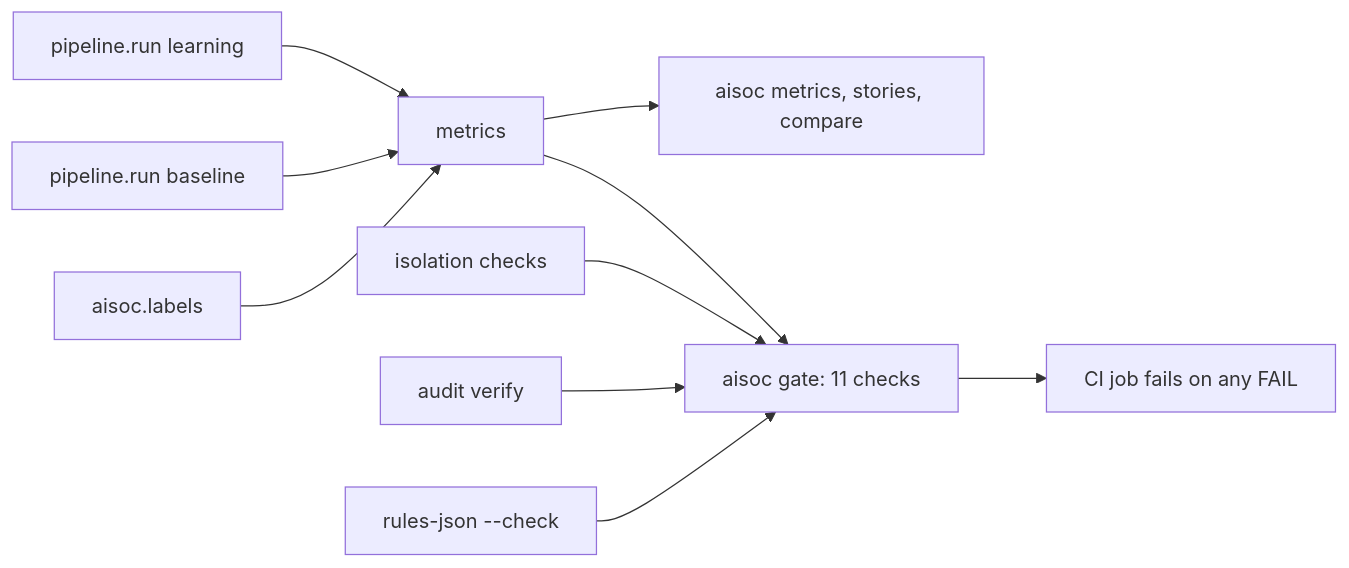
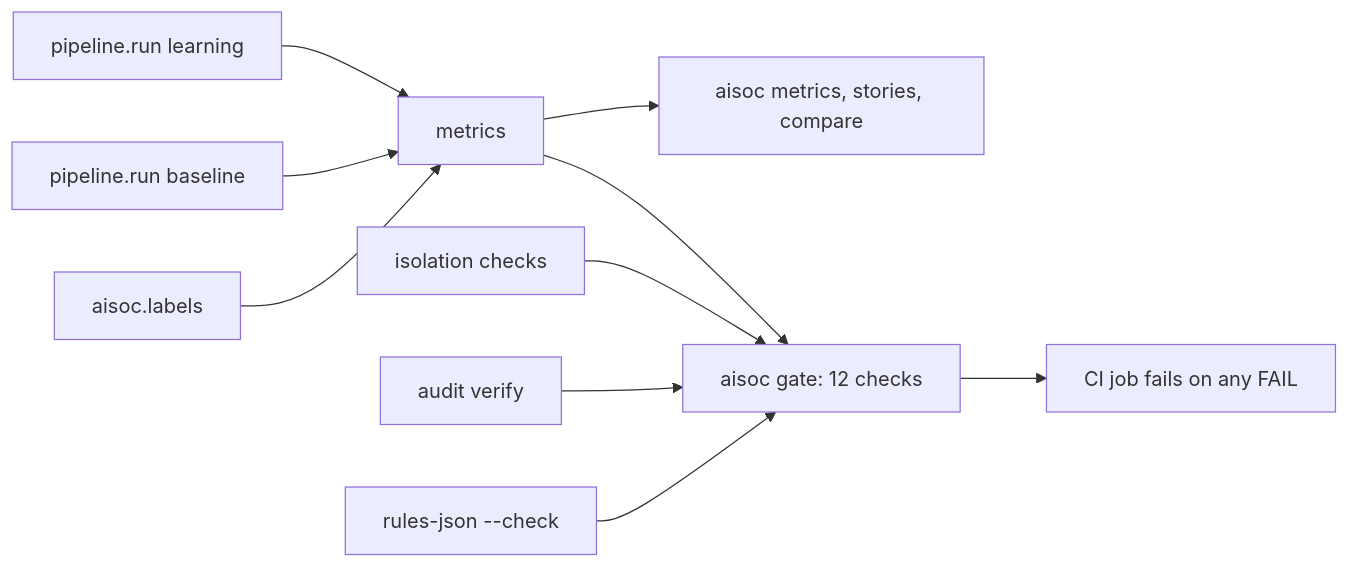
The diagram in docs/components/metrics-gate.md (jagadishmazure-jpg/Jagadish-azure-ai-soc), drawn with Mermaid before and after one commit. The commit also changed other lines of this file and 64 other files, not shown here.

````diff
--- a/docs/components/metrics-gate.md
+++ b/docs/components/metrics-gate.md
@@ -18,12 +18,12 @@
 ```mermaid
 flowchart LR
   P1[pipeline.run learning] --> M[metrics]
   P2[pipeline.run baseline] --> M
   L[aisoc.labels] --> M
   M --> CLI[aisoc metrics, stories, compare]
-  M --> G[aisoc gate: 11 checks]
+  M --> G[aisoc gate: 12 checks]
   ISO[isolation checks] --> G
   AUD[audit verify] --> G
   RJ[rules-json --check] --> G
   G --> CI[CI job fails on any FAIL]
 ```
````
